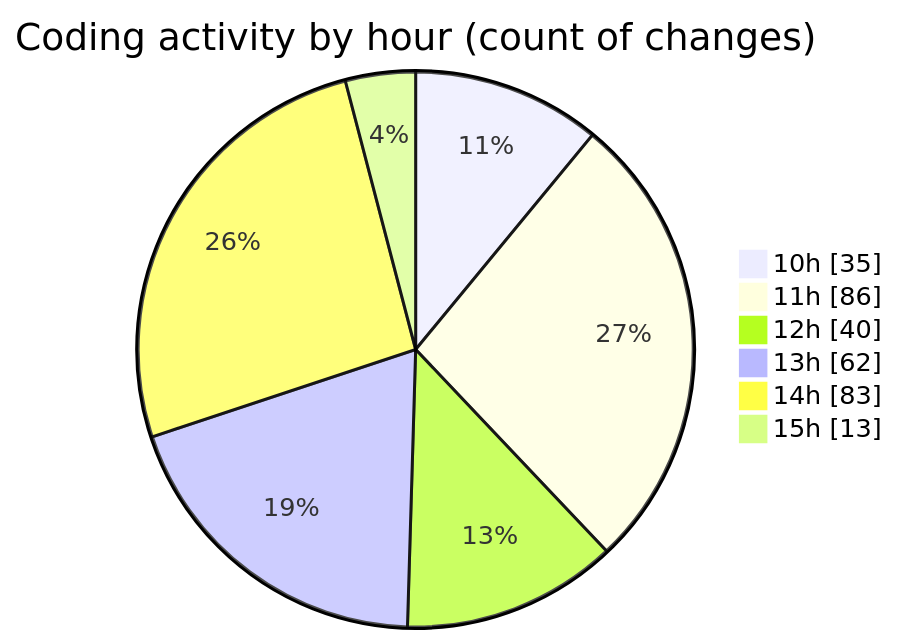
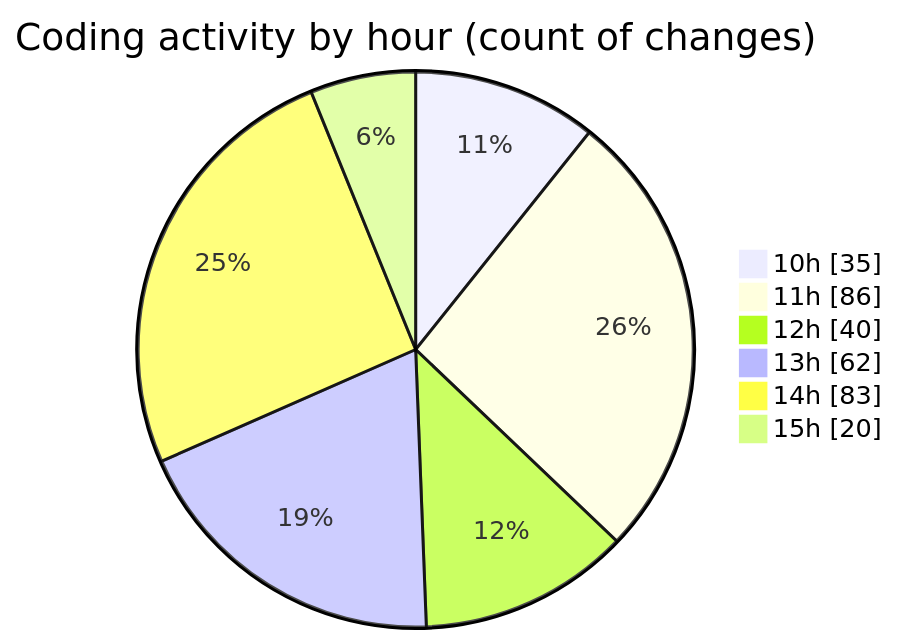
Before and after one commit to momahboobian/code-tracking: the second of 2 diagrams in 2025-03-28/cda/README.md, drawn with Mermaid. The commit also changed other lines of this file and 1 other file, not shown here.

````diff
--- a/2025-03-28/cda/README.md
+++ b/2025-03-28/cda/README.md
@@ -37,10 +37,10 @@
 ```mermaid
 pie showData
 title Coding activity by hour (count of changes)
 "10h" : 35
 "11h" : 86
 "12h" : 40
 "13h" : 62
 "14h" : 83
-"15h" : 13
+"15h" : 20
 ```
````
